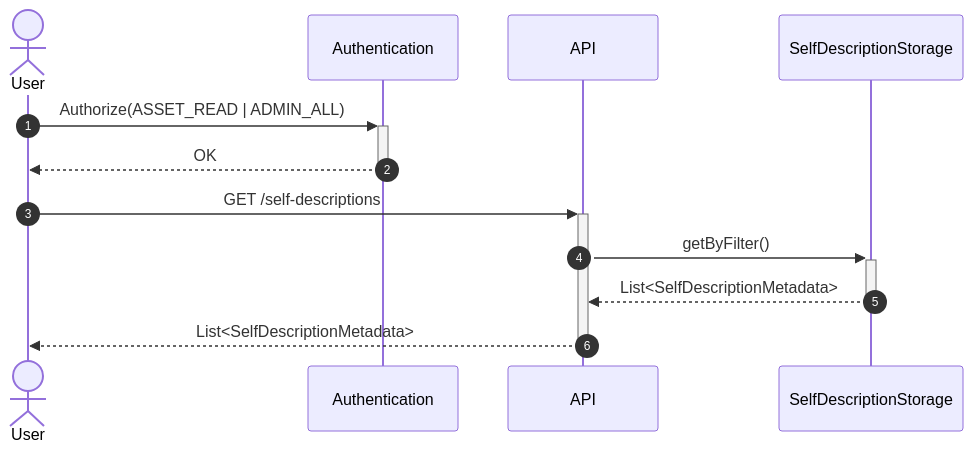
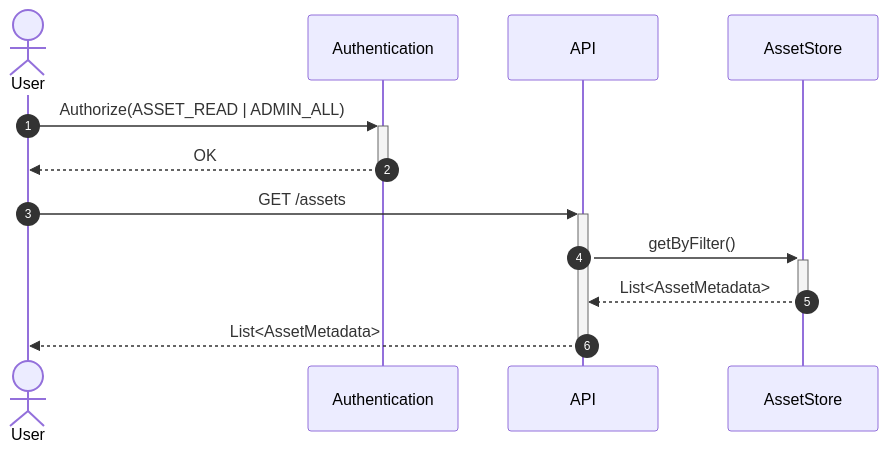
Diagram 14 of 34 in federated-catalogue/src/docs/architecture/chapters/06_runtime_view.adoc (federated-catalogue-enhancements-2026/docs), drawn with Mermaid before and after one commit. The commit also changed other lines of this file and 11 other files, not shown here.

```diff
--- a/federated-catalogue/src/docs/architecture/chapters/06_runtime_view.adoc
+++ b/federated-catalogue/src/docs/architecture/chapters/06_runtime_view.adoc
@@ -519,15 +519,15 @@
 [mermaid, width=2000]
 ....
 sequenceDiagram
     autonumber
     actor User
     participant Auth as Authentication
     participant API
-    participant SDStore as SelfDescriptionStorage
+    participant AssetStore as AssetStore
     User ->> + Auth:Authorize(ASSET_READ | ADMIN_ALL)
     Auth -->> - User:OK
-    User ->> + API:GET /self-descriptions
-    API ->> + SDStore: getByFilter()
-    SDStore -->> - API: List<SelfDescriptionMetadata>
-    API -->> - User:List<SelfDescriptionMetadata>
+    User ->> + API:GET /assets
+    API ->> + AssetStore: getByFilter()
+    AssetStore -->> - API: List<AssetMetadata>
+    API -->> - User:List<AssetMetadata>
 ....
```
